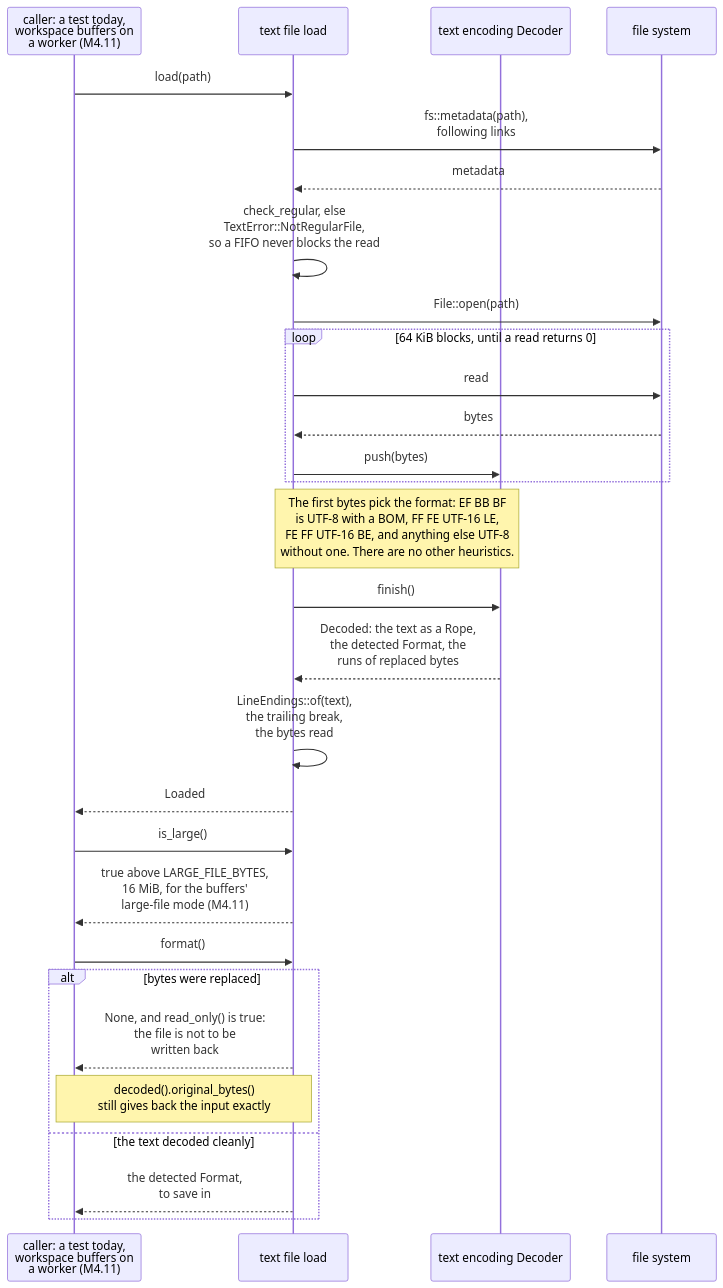
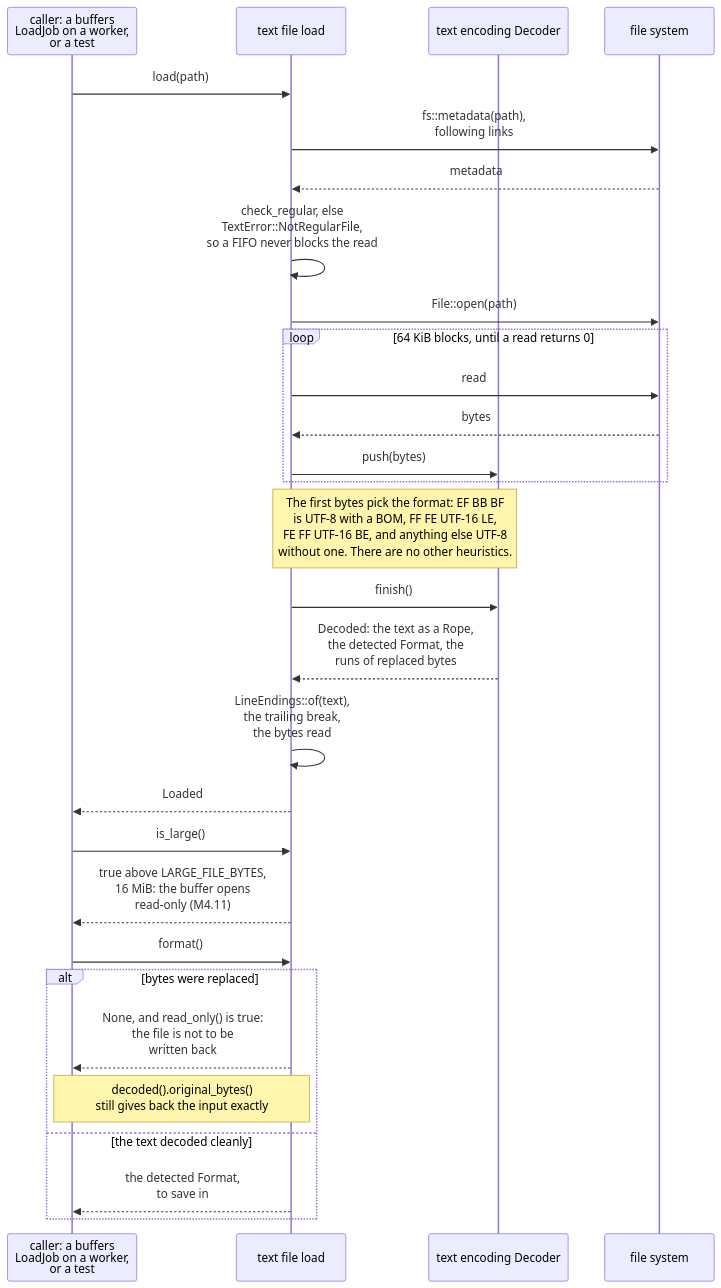
The sixth of 25 diagrams in diagrams/sequence-diagrams.md (jabbott-iii/Tidepool), drawn with Mermaid before and after one commit. The commit also changed other lines of this file and 50 other files, not shown here.

First line of the commit message:
feat(workspace,text): buffers, file tree and sessions (M4.11, ADR-0069)

````diff
--- a/diagrams/sequence-diagrams.md
+++ b/diagrams/sequence-diagrams.md
@@ -374,32 +378,32 @@
 ```mermaid
 sequenceDiagram
-    participant Caller as caller: a test today,<br/>workspace buffers on<br/>a worker (M4.11)
+    participant Caller as caller: a buffers<br/>LoadJob on a worker,<br/>or a test
     participant Load as text file load
     participant Dec as text encoding Decoder
     participant Fs as file system
 
     Caller->>Load: load(path)
     Load->>Fs: fs::metadata(path),<br/>following links
     Fs-->>Load: metadata
     Load->>Load: check_regular, else<br/>TextError::NotRegularFile,<br/>so a FIFO never blocks the read
     Load->>Fs: File::open(path)
     loop 64 KiB blocks, until a read returns 0
         Load->>Fs: read
         Fs-->>Load: bytes
         Load->>Dec: push(bytes)
     end
     Note over Load,Dec: The first bytes pick the format: EF BB BF<br/>is UTF-8 with a BOM, FF FE UTF-16 LE,<br/>FE FF UTF-16 BE, and anything else UTF-8<br/>without one. There are no other heuristics.
     Load->>Dec: finish()
     Dec-->>Load: Decoded: the text as a Rope,<br/>the detected Format, the<br/>runs of replaced bytes
     Load->>Load: LineEndings::of(text),<br/>the trailing break,<br/>the bytes read
     Load-->>Caller: Loaded
     Caller->>Load: is_large()
-    Load-->>Caller: true above LARGE_FILE_BYTES,<br/>16 MiB, for the buffers'<br/>large-file mode (M4.11)
+    Load-->>Caller: true above LARGE_FILE_BYTES,<br/>16 MiB: the buffer opens<br/>read-only (M4.11)
     Caller->>Load: format()
     alt bytes were replaced
         Load-->>Caller: None, and read_only() is true:<br/>the file is not to be<br/>written back
         Note over Caller,Load: decoded().original_bytes()<br/>still gives back the input exactly
     else the text decoded cleanly
         Load-->>Caller: the detected Format,<br/>to save in
     end
 ```
````
